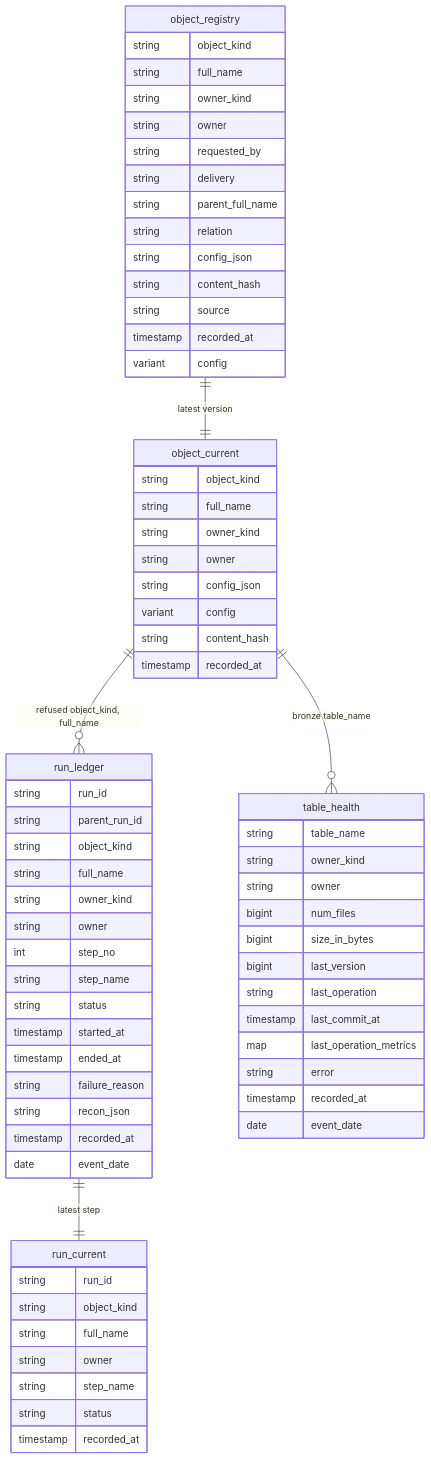
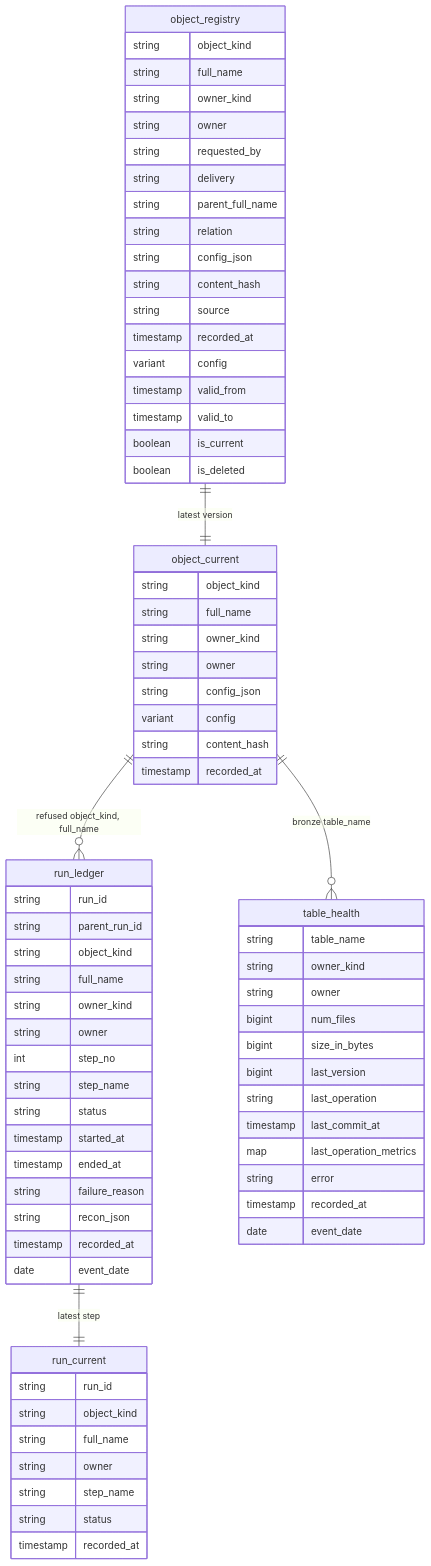
The fifth of 9 diagrams in framework_docs/ARCHITECTURE.md (NitinKeshavB/framework), drawn with Mermaid before and after one commit. The commit also changed other lines of this file and 17 other files, not shown here.

First line of the commit message:
Load source, schema, and spec metadata as SCD Type 2 at deploy and tag schemas, tables, and jobs

````diff
--- a/framework_docs/ARCHITECTURE.md
+++ b/framework_docs/ARCHITECTURE.md
@@ -125,72 +131,76 @@
 ```mermaid
 erDiagram
   object_registry ||--|| object_current : "latest version"
   run_ledger ||--|| run_current : "latest step"
   object_current ||--o{ run_ledger : "refused object_kind, full_name"
   object_current ||--o{ table_health : "bronze table_name"
   object_registry {
     string object_kind
     string full_name
     string owner_kind
     string owner
     string requested_by
     string delivery
     string parent_full_name
     string relation
     string config_json
     string content_hash
     string source
     timestamp recorded_at
     variant config
+    timestamp valid_from
+    timestamp valid_to
+    boolean is_current
+    boolean is_deleted
   }
   object_current {
     string object_kind
     string full_name
     string owner_kind
     string owner
     string config_json
     variant config
     string content_hash
     timestamp recorded_at
   }
   run_ledger {
     string run_id
     string parent_run_id
     string object_kind
     string full_name
     string owner_kind
     string owner
     int step_no
     string step_name
     string status
     timestamp started_at
     timestamp ended_at
     string failure_reason
     string recon_json
     timestamp recorded_at
     date event_date
   }
   run_current {
     string run_id
     string object_kind
     string full_name
     string owner
     string step_name
     string status
     timestamp recorded_at
   }
   table_health {
     string table_name
     string owner_kind
     string owner
     bigint num_files
     bigint size_in_bytes
     bigint last_version
     string last_operation
     timestamp last_commit_at
     map last_operation_metrics
     string error
     timestamp recorded_at
     date event_date
   }
 ```
````
